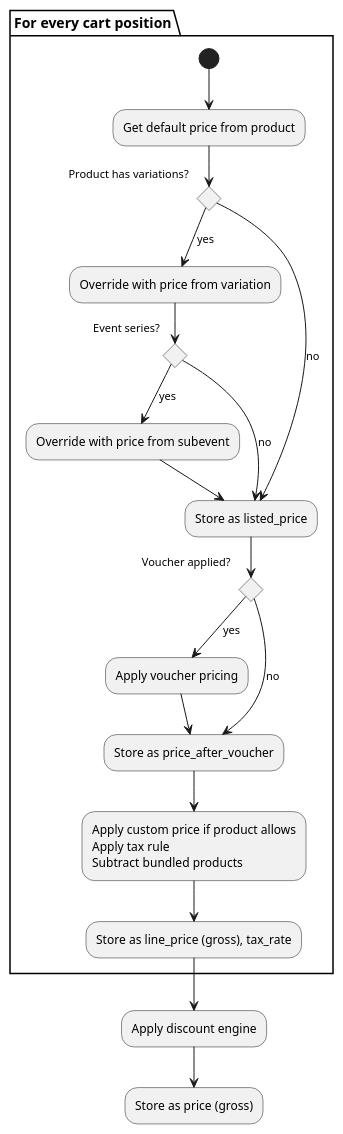
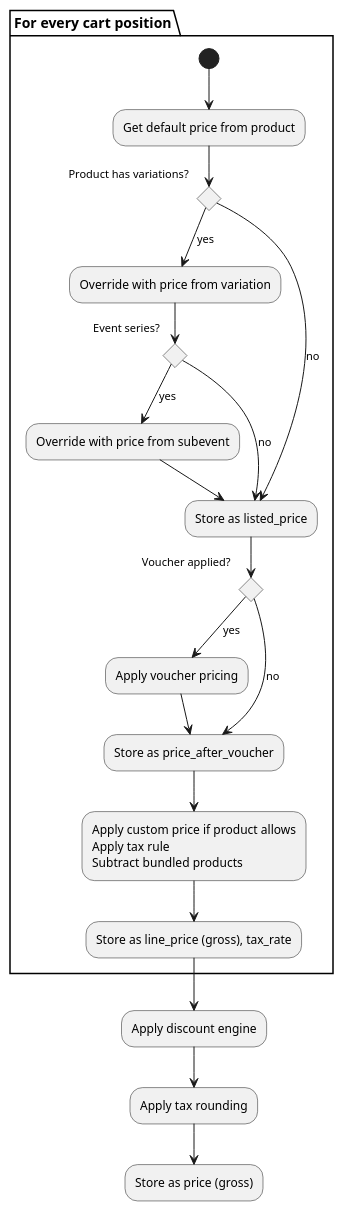
Before and after one commit to pretix/pretix: the diagram in doc/images/cart_pricing.puml, drawn with PlantUML. The commit also changed 1 other file, not shown here.

Commit message:
Update flowchart

```diff
--- a/doc/images/cart_pricing.puml
+++ b/doc/images/cart_pricing.puml
@@ -1,28 +1,29 @@
 @startuml
 
 partition "For every cart position" {
     (*) --> "Get default price from product"
     --> if "Product has variations?" then
         -->[yes] "Override with price from variation"
         --> if "Event series?" then
             -->[yes] "Override with price from subevent"
             -down-> "Store as listed_price"
         else
             -down->[no] "Store as listed_price"
         endif
     else
         -down->[no] "Store as listed_price"
     endif
     --> if "Voucher applied?" then
         -->[yes] "Apply voucher pricing"
         --> "Store as price_after_voucher"
     else
         -->[no] "Store as price_after_voucher"
     endif
     --> "Apply custom price if product allows\nApply tax rule\nSubtract bundled products"
     --> "Store as line_price (gross), tax_rate"
 }
 --> "Apply discount engine"
+--> "Apply tax rounding"
 --> "Store as price (gross)"
 
 @enduml
```
